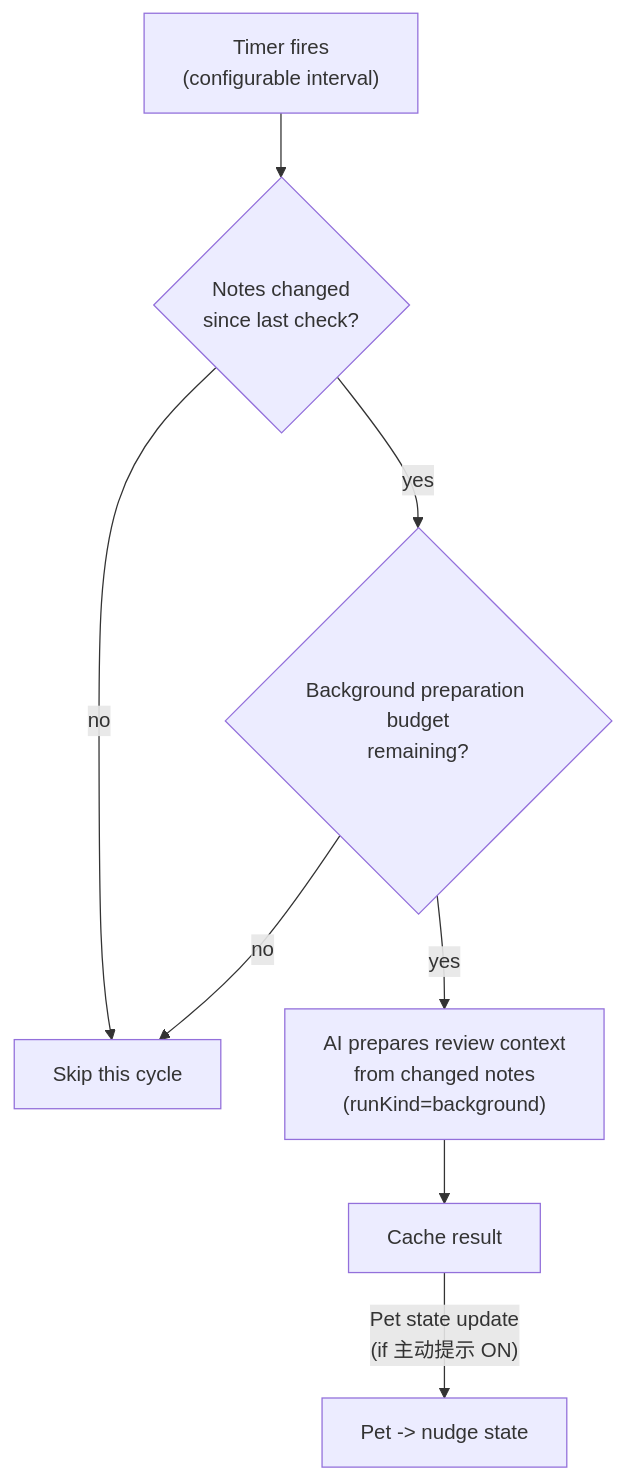
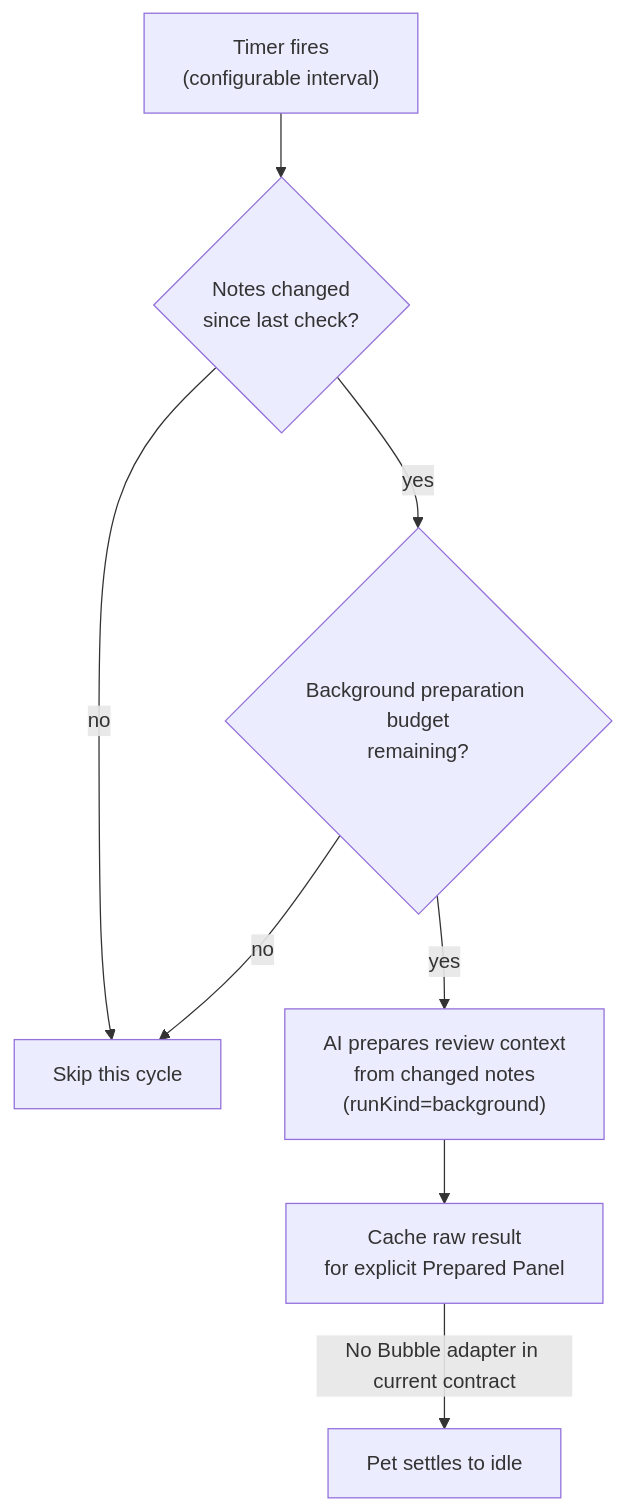
The second of 2 diagrams in docs/product/pagelet-product-design.md (edonyzpc/personal-assistant), drawn with Mermaid before and after one commit. The commit also changed other lines of this file and 21 other files, not shown here.

````diff
--- a/docs/product/pagelet-product-design.md
+++ b/docs/product/pagelet-product-design.md
@@ -481,17 +513,17 @@
 ```mermaid
 flowchart TD
   Timer["Timer fires<br/>(configurable interval)"]
   Changed{"Notes changed<br/>since last check?"}
   Budget{"Background preparation budget<br/>remaining?"}
   Analyze["AI prepares review context<br/>from changed notes<br/>(runKind=background)"]
-  Cache["Cache result"]
+  Cache["Cache raw result<br/>for explicit Prepared Panel"]
   Skip["Skip this cycle"]
 
   Timer --> Changed
   Changed -- no --> Skip
   Changed -- yes --> Budget
   Budget -- no --> Skip
   Budget -- yes --> Analyze
   Analyze --> Cache
-  Cache --> |"Pet state update<br/>(if 主动提示 ON)"| NudgeCheck["Pet -> nudge state"]
+  Cache --> |"No Bubble adapter in current contract"| Quiet["Pet settles to idle"]
 ```
````
